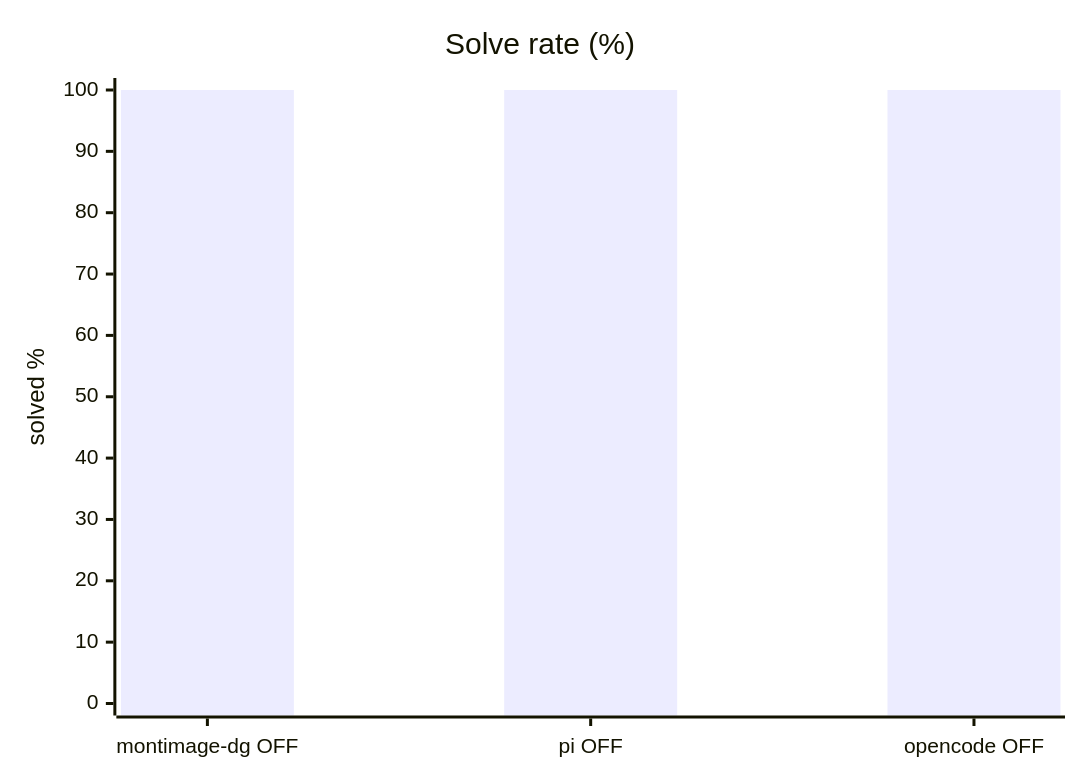
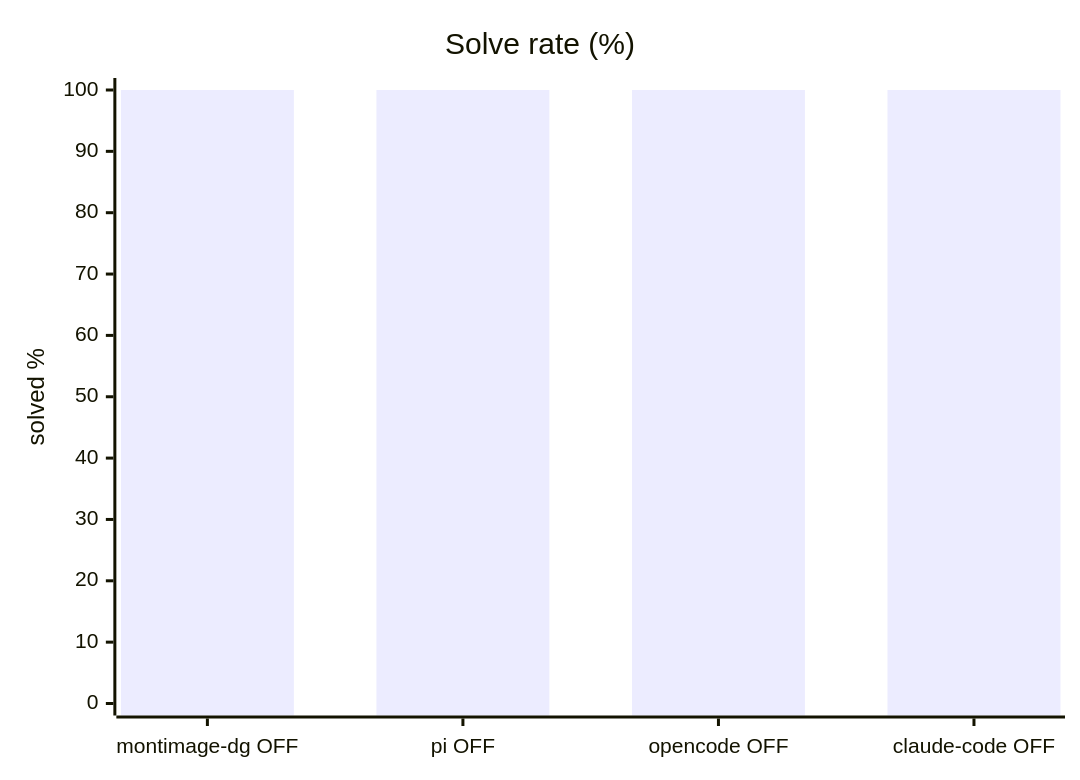
Before and after one commit to luongnv89/dgx-spark-llm-lab: the first of 6 diagrams in results/2026-08-20-pi-harness/REPORT.md, drawn with Mermaid. The commit also changed other lines of this file and 12 other files, not shown here.

First line of the commit message:
Add the Claude Code harness adapter and fold it into the comparison (#1)

````diff
--- a/results/2026-08-20-pi-harness/REPORT.md
+++ b/results/2026-08-20-pi-harness/REPORT.md
@@ -27,7 +30,7 @@
 ```mermaid
 xychart-beta
     title "Solve rate (%)"
-    x-axis ["montimage-dg OFF", "pi OFF", "opencode OFF"]
+    x-axis ["montimage-dg OFF", "pi OFF", "opencode OFF", "claude-code OFF"]
     y-axis "solved %" 0 --> 100
-    bar [100, 100, 100]
+    bar [100, 100, 100, 100]
 ```
````
